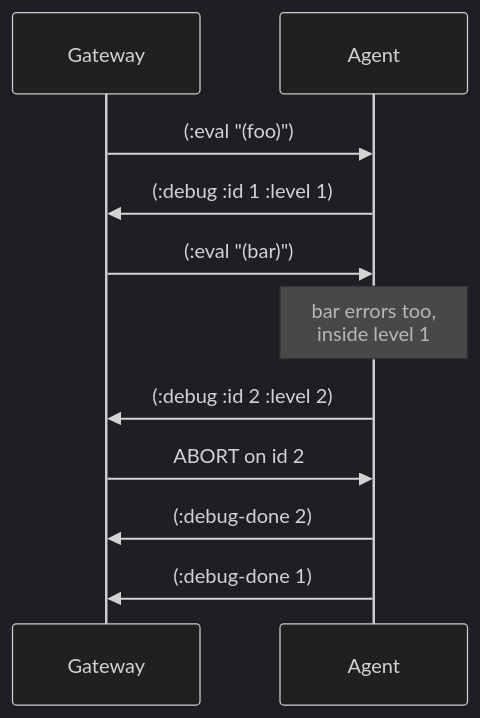
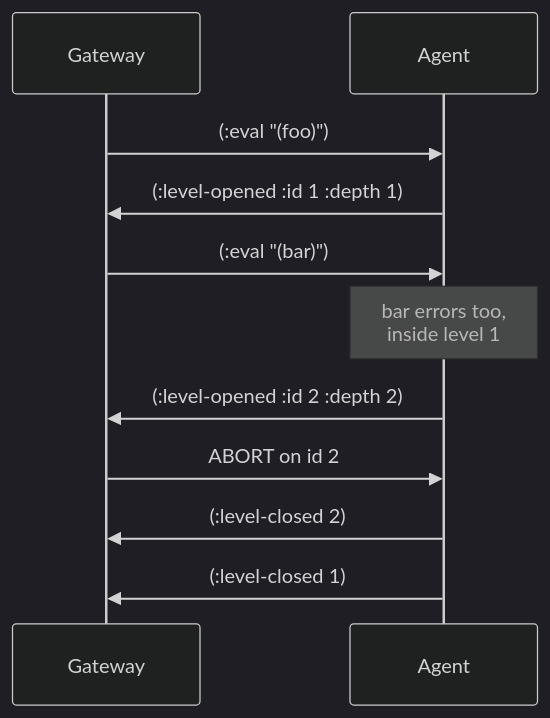
One commit to real-limoges/to-restart-is-divine changed the fifth of 9 diagrams in docs/reference/internal/architecture.md. Above: the diagram before and after it, drawn with Mermaid (dark theme). The commit also changed other lines of this file and 19 other files, not shown here.

````diff
--- a/docs/reference/internal/architecture.md
+++ b/docs/reference/internal/architecture.md
@@ -194,13 +194,13 @@
 ```mermaid
 sequenceDiagram
   participant G as Gateway
   participant A as Agent
   G->>A: (:eval "(foo)")
-  A->>G: (:debug :id 1 :level 1)
+  A->>G: (:level-opened :id 1 :depth 1)
   G->>A: (:eval "(bar)")
   Note over A: bar errors too,<br/>inside level 1
-  A->>G: (:debug :id 2 :level 2)
+  A->>G: (:level-opened :id 2 :depth 2)
   G->>A: ABORT on id 2
-  A->>G: (:debug-done 2)
-  A->>G: (:debug-done 1)
+  A->>G: (:level-closed 2)
+  A->>G: (:level-closed 1)
 ```
````
